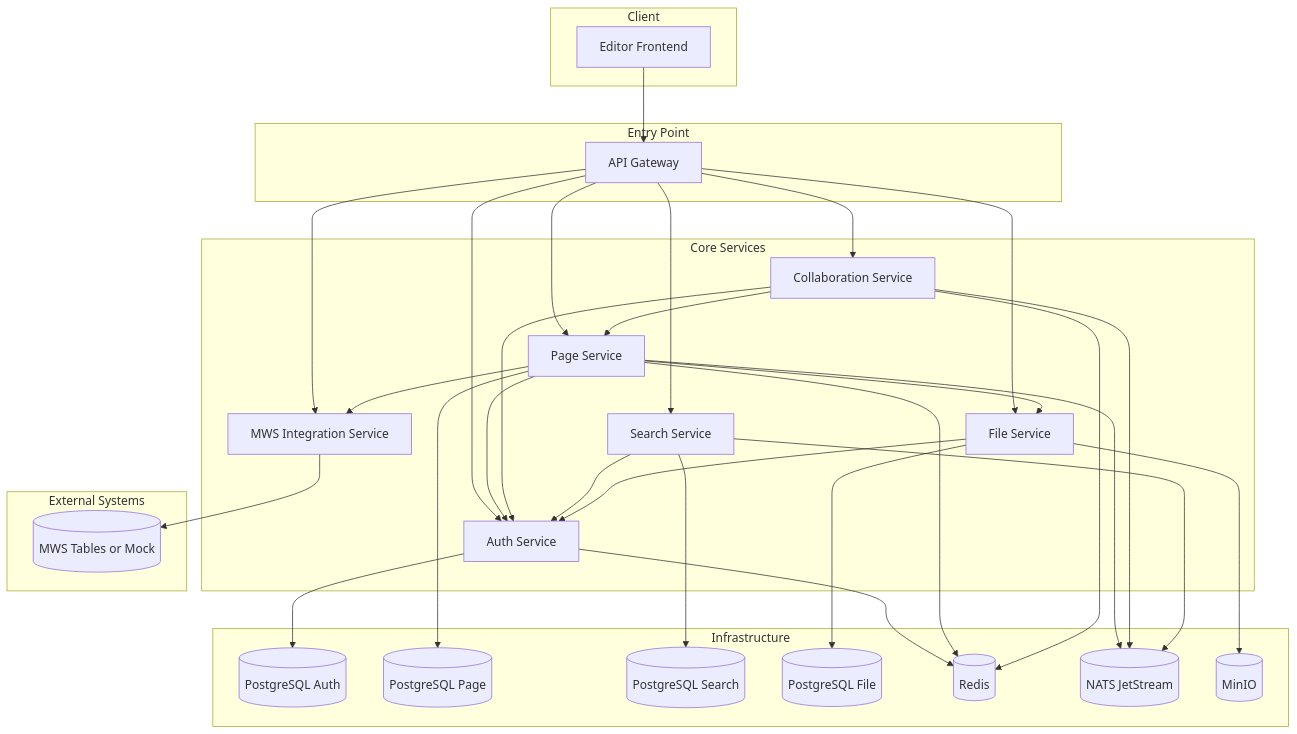
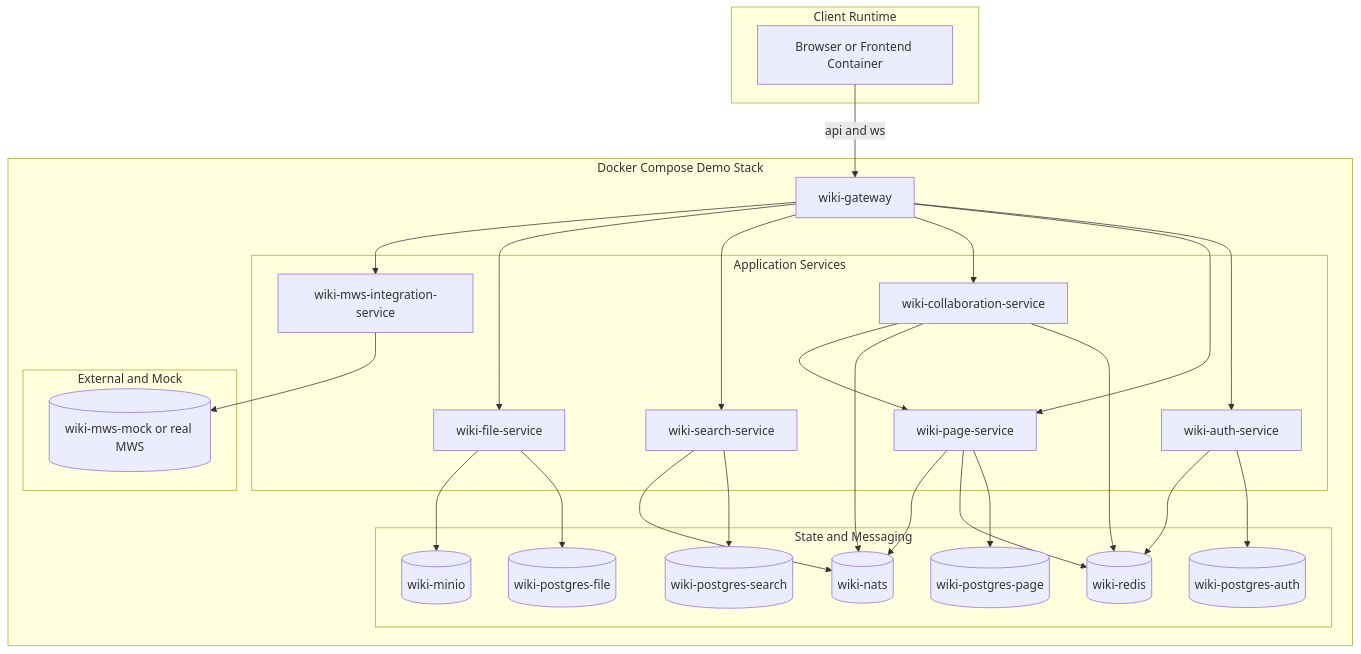
The second of 3 diagrams in README.md (NimmWee/pamparaam), drawn with Mermaid before and after one commit. The commit also changed other lines of this file, not shown here.

Commit message:
docs: add UML backend architecture diagrams

````diff
--- a/README.md
+++ b/README.md
@@ -60,67 +178,61 @@
 ```mermaid
 flowchart TB
-    subgraph CLIENT["Client"]
-        FE[Editor Frontend]
+    subgraph CLIENT["Client Runtime"]
+        FE[Browser or Frontend Container]
     end
 
-    subgraph ENTRY["Entry Point"]
-        GW[API Gateway]
+    subgraph COMPOSE["Docker Compose Demo Stack"]
+        GW[wiki-gateway]
+
+        subgraph APPS["Application Services"]
+            AUTH[wiki-auth-service]
+            PAGE[wiki-page-service]
+            COLLAB[wiki-collaboration-service]
+            SEARCH[wiki-search-service]
+            FILES[wiki-file-service]
+            MWSI[wiki-mws-integration-service]
+        end
+
+        subgraph DATA["State and Messaging"]
+            PGAUTH[(wiki-postgres-auth)]
+            PGPAGE[(wiki-postgres-page)]
+            PGSEARCH[(wiki-postgres-search)]
+            PGFILE[(wiki-postgres-file)]
+            REDIS[(wiki-redis)]
+            NATS[(wiki-nats)]
+            MINIO[(wiki-minio)]
+        end
+
+        subgraph EXT["External and Mock"]
+            MWS[(wiki-mws-mock or real MWS)]
+        end
     end
 
-    subgraph SERVICES["Core Services"]
-        AUTH[Auth Service]
-        PAGE[Page Service]
-        COLLAB[Collaboration Service]
-        SEARCH[Search Service]
-        FILES[File Service]
-        MWSI[MWS Integration Service]
-    end
-
-    subgraph INFRA["Infrastructure"]
-        PGAUTH[(PostgreSQL Auth)]
-        PGPAGE[(PostgreSQL Page)]
-        PGSEARCH[(PostgreSQL Search)]
-        PGFILE[(PostgreSQL File)]
-        REDIS[(Redis)]
-        NATS[(NATS JetStream)]
-        MINIO[(MinIO)]
-    end
-
-    subgraph EXTERNAL["External Systems"]
-        MWS[(MWS Tables or Mock)]
-    end
-
-    FE --> GW
+    FE -->|api and ws| GW
 
     GW --> AUTH
     GW --> PAGE
     GW --> COLLAB
     GW --> SEARCH
     GW --> FILES
     GW --> MWSI
 
     AUTH --> PGAUTH
     AUTH --> REDIS
 
     PAGE --> PGPAGE
     PAGE --> REDIS
     PAGE --> NATS
-    PAGE --> AUTH
-    PAGE --> FILES
-    PAGE --> MWSI
 
     COLLAB --> REDIS
     COLLAB --> NATS
     COLLAB --> PAGE
-    COLLAB --> AUTH
 
     SEARCH --> PGSEARCH
     SEARCH --> NATS
-    SEARCH --> AUTH
 
     FILES --> PGFILE
     FILES --> MINIO
-    FILES --> AUTH
 
     MWSI --> MWS
 ```
````
